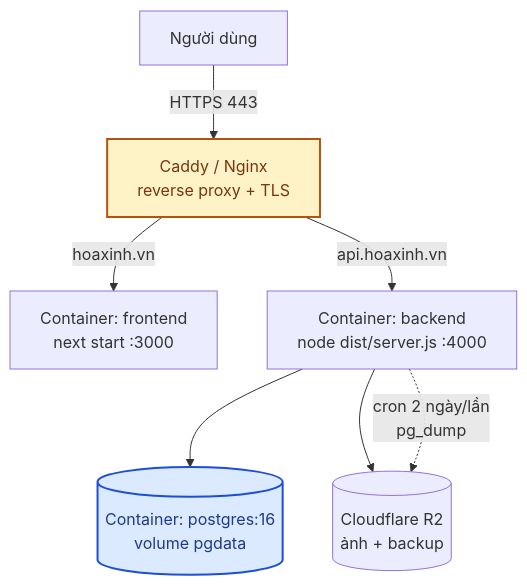
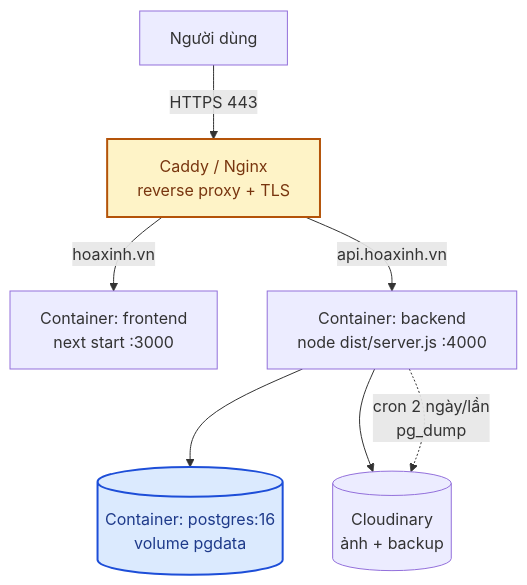
The third of 4 diagrams in docs/10-trien-khai-van-hanh.md (Hungvu0712/FLOWER), drawn with Mermaid before and after one commit. The commit also changed other lines of this file and 40 other files, not shown here.

First line of the commit message:
Migrate file storage and DB backups from Cloudflare R2 to Cloudinary

````diff
--- a/docs/10-trien-khai-van-hanh.md
+++ b/docs/10-trien-khai-van-hanh.md
@@ -150,12 +150,12 @@
 ```mermaid
 flowchart TB
     U[Người dùng] -->|HTTPS 443| CADDY["Caddy / Nginx<br/>reverse proxy + TLS"]
     CADDY -->|"hoaxinh.vn"| FE["Container: frontend<br/>next start :3000"]
     CADDY -->|"api.hoaxinh.vn"| BE["Container: backend<br/>node dist/server.js :4000"]
     BE --> PG[("Container: postgres:16<br/>volume pgdata")]
-    BE --> R2[("Cloudflare R2<br/>ảnh + backup")]
-    BE -.->|"cron 2 ngày/lần<br/>pg_dump"| R2
+    BE --> CD[("Cloudinary<br/>ảnh + backup")]
+    BE -.->|"cron 2 ngày/lần<br/>pg_dump"| CD
 
     style CADDY fill:#fef3c7,stroke:#b45309,stroke-width:2px,color:#78350f
     style PG fill:#dbeafe,stroke:#1d4ed8,stroke-width:2px,color:#1e3a8a
 ```
````
